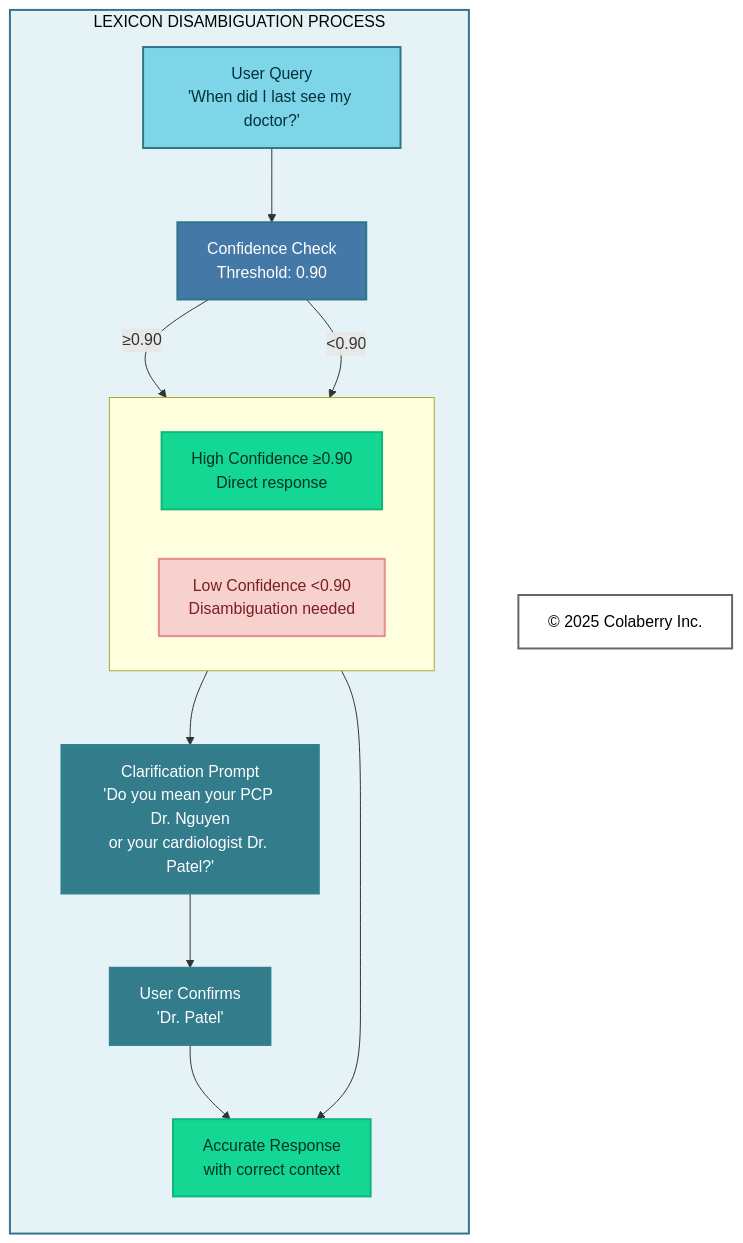
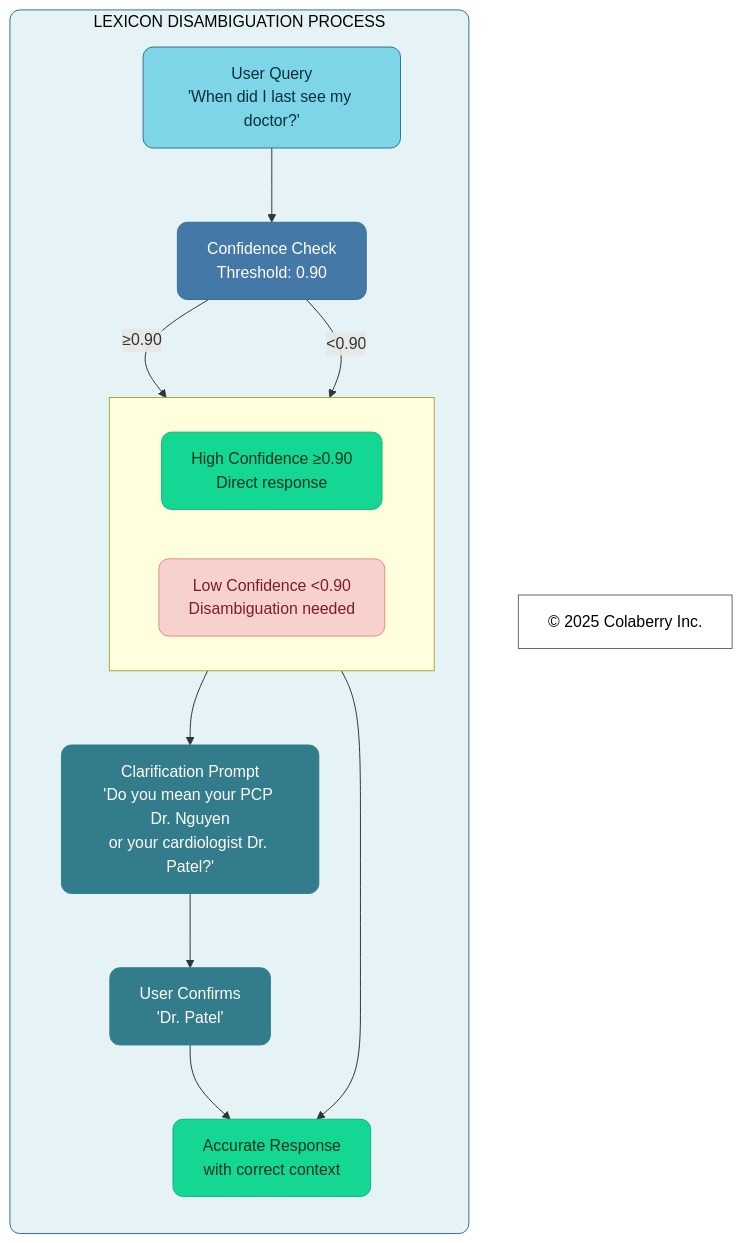
Before and after one commit to colaberry/trust-before-intelligence-book: the sixth of 11 diagrams in manuscript/09_chapter_8_architecture_of_trust_in_action.md, drawn with Mermaid. The commit also changed other lines of this file and 12 other files, not shown here.

````diff
--- a/manuscript/09_chapter_8_architecture_of_trust_in_action.md
+++ b/manuscript/09_chapter_8_architecture_of_trust_in_action.md
@@ -484,42 +484,42 @@
 ```mermaid
 
 graph TB
     subgraph DISAMBIGUATION["LEXICON DISAMBIGUATION PROCESS"]
         direction TB
         Q["User Query<br/>'When did I last see my doctor?'"]
         
         CONF["Confidence Check<br/>Threshold: 0.90"]
         
         subgraph PATHS[" "]
             direction LR
             HIGH["High Confidence ≥0.90<br/>Direct response"]
             LOW["Low Confidence <0.90<br/>Disambiguation needed"]
         end
         
         PROMPT["Clarification Prompt<br/>'Do you mean your PCP Dr. Nguyen<br/>or your cardiologist Dr. Patel?'"]
         
         RESP["User Confirms<br/>'Dr. Patel'"]
         
         RESULT["Accurate Response<br/>with correct context"]
     end
     
     Copyright["© 2025 Colaberry Inc."]
     
     Q --> CONF
     CONF -->|"≥0.90"| HIGH
     CONF -->|"<0.90"| LOW
     HIGH --> RESULT
     LOW --> PROMPT --> RESP --> RESULT
     
-    style DISAMBIGUATION fill:#E6F3F6,stroke:#32738C,stroke-width:2px,color:#000000
-    style Q fill:#7FD5E8,stroke:#32738C,stroke-width:2px,color:#00323D
-    style CONF fill:#4478A6,stroke:#32738C,stroke-width:2px,color:#ffffff
-    style HIGH fill:#14D793,stroke:#0FB67D,stroke-width:2px,color:#003322
-    style LOW fill:#F6D1CE,stroke:#EB898B,stroke-width:2px,color:#7A1F22
-    style PROMPT fill:#327C8C,stroke:#30838C,stroke-width:2px,color:#ffffff
-    style RESP fill:#327C8C,stroke:#30838C,stroke-width:2px,color:#ffffff
-    style RESULT fill:#14D793,stroke:#0FB67D,stroke-width:2px,color:#003322
-    style Copyright fill:#ffffff,stroke:#666666,stroke-width:2px,color:#000000
+    style DISAMBIGUATION fill:#E6F3F6,stroke:#32738C,stroke-width:1px,color:#000000,rx:10,ry:10
+    style Q fill:#7FD5E8,stroke:#32738C,stroke-width:1px,color:#00323D,rx:10,ry:10
+    style CONF fill:#4478A6,stroke:#32738C,stroke-width:1px,color:#ffffff,rx:10,ry:10
+    style HIGH fill:#14D793,stroke:#0FB67D,stroke-width:1px,color:#003322,rx:10,ry:10
+    style LOW fill:#F6D1CE,stroke:#EB898B,stroke-width:1px,color:#7A1F22,rx:10,ry:10
+    style PROMPT fill:#327C8C,stroke:#30838C,stroke-width:1px,color:#ffffff,rx:10,ry:10
+    style RESP fill:#327C8C,stroke:#30838C,stroke-width:1px,color:#ffffff,rx:10,ry:10
+    style RESULT fill:#14D793,stroke:#0FB67D,stroke-width:1px,color:#003322,rx:10,ry:10
+    style Copyright fill:none,stroke:#666666,stroke-width:1px,color:#000000
 
 
 ```
````
